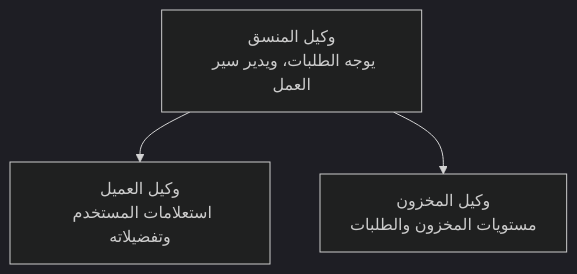
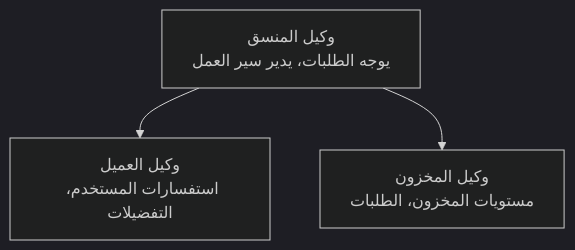
The diagram in translations/ar/docs/chapter-05-multi-agent/README.md (microsoft/AZD-for-beginners), drawn with Mermaid (dark theme) before and after one commit. The commit also changed other lines of this file and 104 other files, not shown here.

````diff
--- a/translations/ar/docs/chapter-05-multi-agent/README.md
+++ b/translations/ar/docs/chapter-05-multi-agent/README.md
@@ -52,5 +54,5 @@
 ```mermaid
 graph TD
-    Orchestrator[وكيل المنسق<br/>يوجه الطلبات، ويدير سير العمل] --> Customer[وكيل العميل<br/>استعلامات المستخدم وتفضيلاته]
-    Orchestrator --> Inventory[وكيل المخزون<br/>مستويات المخزون والطلبات]
+    Orchestrator[وكيل المنسق<br/>يوجه الطلبات، يدير سير العمل] --> Customer[وكيل العميل<br/>استفسارات المستخدم، التفضيلات]
+    Orchestrator --> Inventory[وكيل المخزون<br/>مستويات المخزون، الطلبات]
 ```
````
